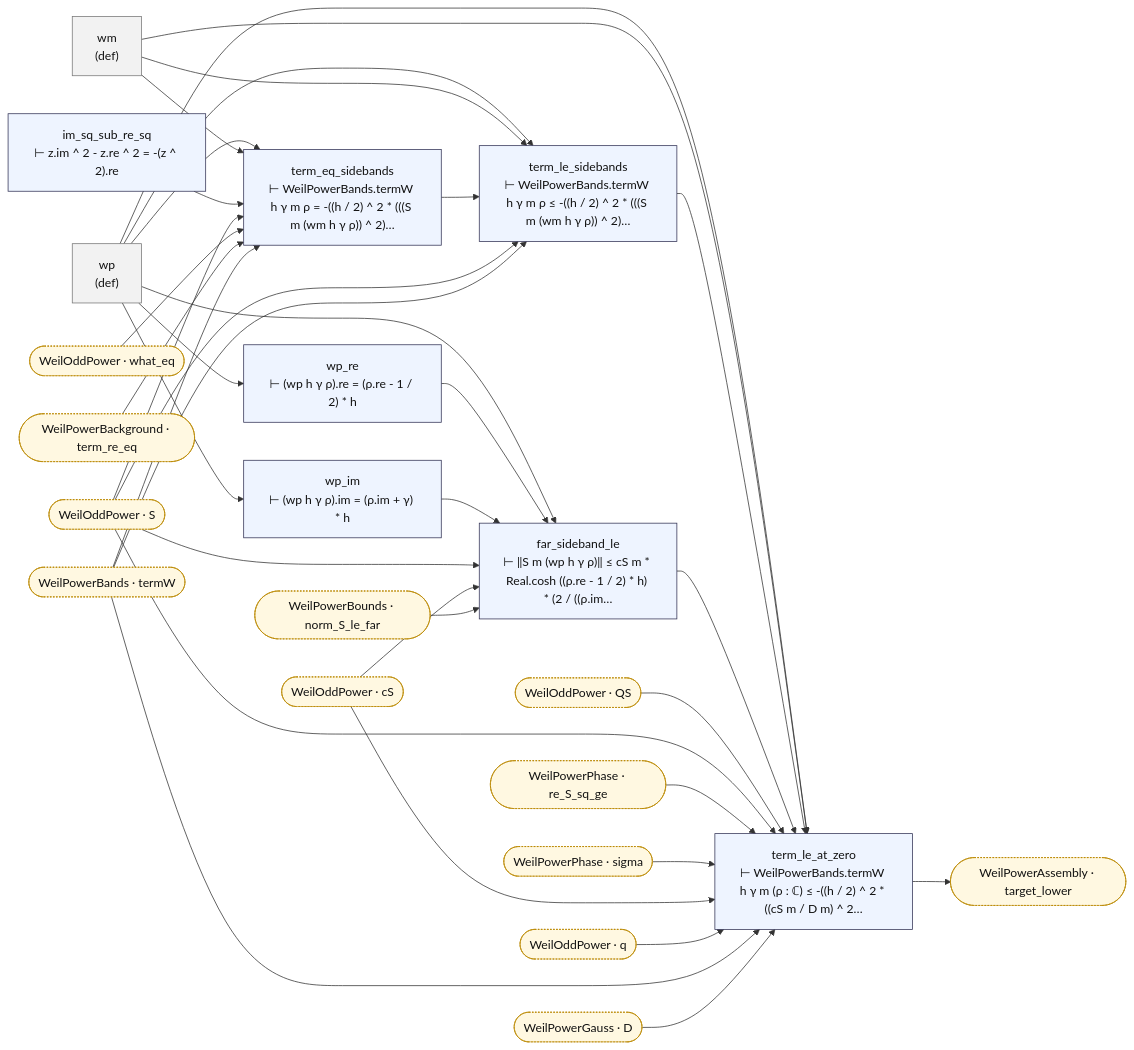
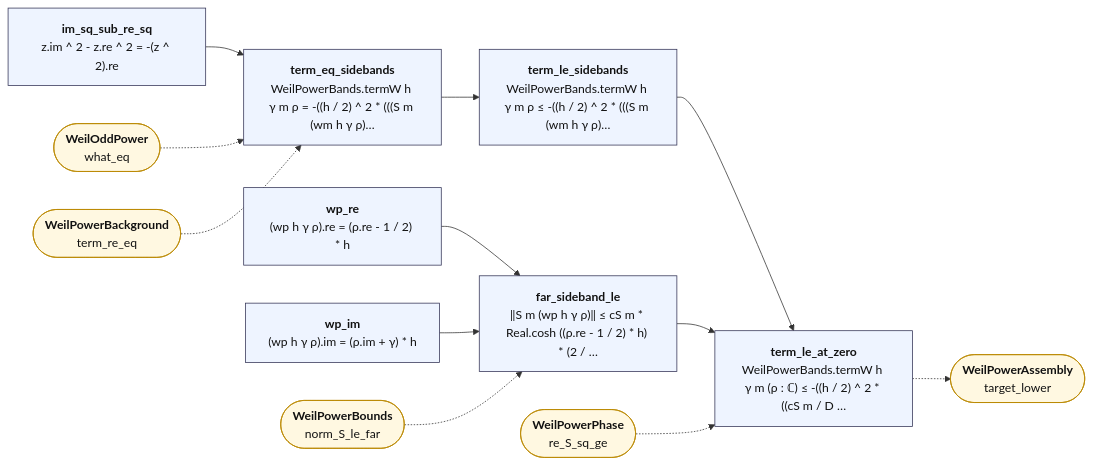
The diagram in map/lean_stage3/WeilPowerBridge.md (juliansambranojr/Primebeat_081426), drawn with Mermaid before and after one commit. The commit also changed other lines of this file and 387 other files, not shown here.

````diff
--- a/map/lean_stage3/WeilPowerBridge.md
+++ b/map/lean_stage3/WeilPowerBridge.md
@@ -8,63 +12,31 @@
 ```mermaid
 flowchart LR
-  n0["wp<br/>(def)"]:::dfn
-  n1["wm<br/>(def)"]:::dfn
-  n2["im_sq_sub_re_sq<br/>⊢ z.im ^ 2 - z.re ^ 2 = -(z ^ 2).re"]:::thm
-  n3["term_eq_sidebands<br/>⊢ WeilPowerBands.termW h γ m ρ = -((h / 2) ^ 2 * (((S m (wm h γ ρ)) ^ 2)…"]:::thm
-  n4["term_le_sidebands<br/>⊢ WeilPowerBands.termW h γ m ρ ≤ -((h / 2) ^ 2 * (((S m (wm h γ ρ)) ^ 2)…"]:::thm
-  n5["wp_re<br/>⊢ (wp h γ ρ).re = (ρ.re - 1 / 2) * h"]:::thm
-  n6["wp_im<br/>⊢ (wp h γ ρ).im = (ρ.im + γ) * h"]:::thm
-  n7["far_sideband_le<br/>⊢ ‖S m (wp h γ ρ)‖ ≤ cS m * Real.cosh ((ρ.re - 1 / 2) * h) * (2 / ((ρ.im…"]:::thm
-  n8["term_le_at_zero<br/>⊢ WeilPowerBands.termW h γ m (ρ : ℂ) ≤ -((h / 2) ^ 2 * ((cS m / D m) ^ 2…"]:::thm
-  x0(["WeilOddPower · QS"]):::ext
-  x1(["WeilOddPower · S"]):::ext
-  x2(["WeilOddPower · cS"]):::ext
-  x3(["WeilOddPower · q"]):::ext
-  x4(["WeilOddPower · what_eq"]):::ext
-  x5(["WeilPowerAssembly · target_lower"]):::ext
-  x6(["WeilPowerBackground · term_re_eq"]):::ext
-  x7(["WeilPowerBands · termW"]):::ext
-  x8(["WeilPowerBounds · norm_S_le_far"]):::ext
-  x9(["WeilPowerGauss · D"]):::ext
-  x10(["WeilPowerPhase · re_S_sq_ge"]):::ext
-  x11(["WeilPowerPhase · sigma"]):::ext
-  n0 --> n3
-  n0 --> n4
-  n0 --> n5
-  n0 --> n6
-  n0 --> n7
-  n0 --> n8
-  n1 --> n3
-  n1 --> n4
-  n1 --> n8
-  n2 --> n3
-  n3 --> n4
-  n4 --> n8
-  n5 --> n7
-  n6 --> n7
-  n7 --> n8
-  n8 --> x5
-  x0 --> n8
-  x1 --> n3
-  x1 --> n4
-  x1 --> n7
-  x1 --> n8
-  x10 --> n8
-  x11 --> n8
-  x2 --> n7
-  x2 --> n8
-  x3 --> n8
-  x4 --> n3
-  x6 --> n3
-  x7 --> n3
-  x7 --> n4
-  x7 --> n8
-  x8 --> n7
-  x9 --> n8
+  n0["<b>im_sq_sub_re_sq</b><br/>z.im ^ 2 - z.re ^ 2 = -(z ^ 2).re"]:::thm
+  n1["<b>term_eq_sidebands</b><br/>WeilPowerBands.termW h γ m ρ = -((h / 2) ^ 2 * (((S m (wm h γ ρ)…"]:::thm
+  n2["<b>term_le_sidebands</b><br/>WeilPowerBands.termW h γ m ρ ≤ -((h / 2) ^ 2 * (((S m (wm h γ ρ)…"]:::thm
+  n3["<b>wp_re</b><br/>(wp h γ ρ).re = (ρ.re - 1 / 2) * h"]:::thm
+  n4["<b>wp_im</b><br/>(wp h γ ρ).im = (ρ.im + γ) * h"]:::thm
+  n5["<b>far_sideband_le</b><br/>‖S m (wp h γ ρ)‖ ≤ cS m * Real.cosh ((ρ.re - 1 / 2) * h) * (2 / …"]:::thm
+  n6["<b>term_le_at_zero</b><br/>WeilPowerBands.termW h γ m (ρ : ℂ) ≤ -((h / 2) ^ 2 * ((cS m / D …"]:::thm
+  x0(["<b>WeilOddPower</b><br/>what_eq"]):::ext
+  x1(["<b>WeilPowerBackground</b><br/>term_re_eq"]):::ext
+  x2(["<b>WeilPowerBounds</b><br/>norm_S_le_far"]):::ext
+  x3(["<b>WeilPowerPhase</b><br/>re_S_sq_ge"]):::ext
+  x4(["<b>WeilPowerAssembly</b><br/>target_lower"]):::ext
+  n0 --> n1
+  n1 --> n2
+  n2 --> n6
+  n3 --> n5
+  n4 --> n5
+  n5 --> n6
+  n6 -.-> x4
+  x0 -.-> n1
+  x1 -.-> n1
+  x2 -.-> n5
+  x3 -.-> n6
   classDef thm fill:#eef4ff,stroke:#335,color:#111
-  classDef dfn fill:#f2f2f2,stroke:#777,color:#111
   classDef end_ fill:#e7f7e7,stroke:#2a7,color:#111,stroke-width:2px
   classDef lone fill:#fff,stroke:#999,color:#111,stroke-dasharray:4 3
   classDef bad fill:#ffe5e5,stroke:#c22,color:#111,stroke-width:2px
-  classDef ext fill:#fff8e1,stroke:#b80,color:#111,stroke-dasharray:2 2
+  classDef ext fill:#fff8e1,stroke:#b80,color:#111
 ```
````
